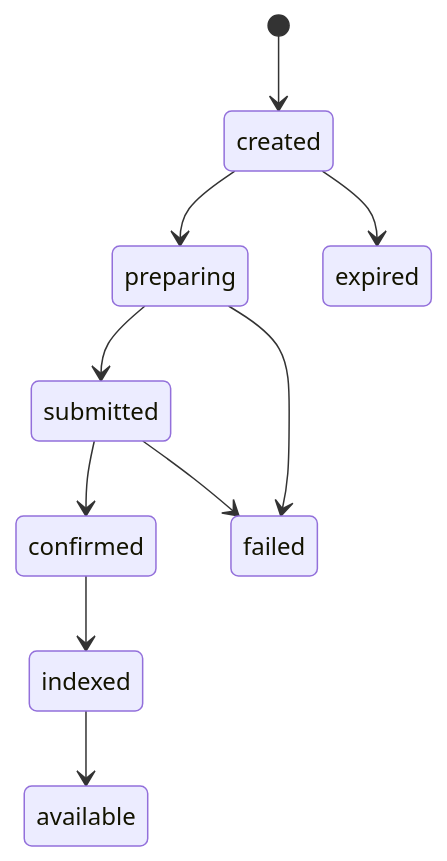
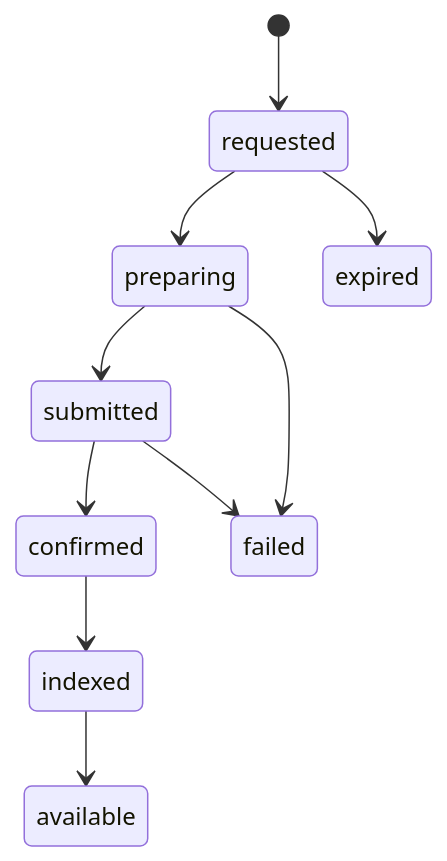
The diagram in operations/status-lifecycle.mdx (Polynom-Labs/docs), drawn with Mermaid before and after one commit. The commit also changed other lines of this file and 32 other files, not shown here.

````diff
--- a/operations/status-lifecycle.mdx
+++ b/operations/status-lifecycle.mdx
@@ -10,12 +10,12 @@
 ```mermaid
 stateDiagram-v2
-  [*] --> created
-  created --> preparing
+  [*] --> requested
+  requested --> preparing
   preparing --> submitted
   submitted --> confirmed
   confirmed --> indexed
   indexed --> available
   preparing --> failed
   submitted --> failed
-  created --> expired
+  requested --> expired
 ```
````
